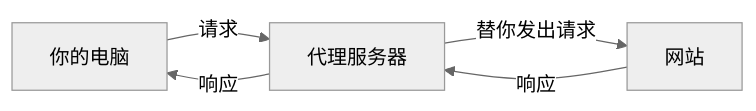
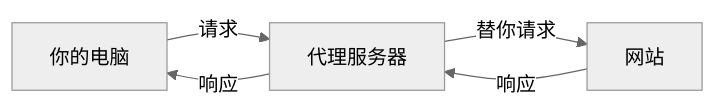
One commit to prisma-proxy/prisma changed the fourth of 7 diagrams in prisma-docs/i18n/zh-Hans/docusaurus-plugin-content-docs-guide/current/basics.md. Above: the diagram before and after it, drawn with Mermaid (neutral theme). The commit also changed other lines of this file and 37 other files, not shown here.

First line of the commit message:
docs: rewrite guide with 30+ Mermaid diagrams, fix multi-instance config

````diff
--- a/prisma-docs/i18n/zh-Hans/docusaurus-plugin-content-docs-guide/current/basics.md
+++ b/prisma-docs/i18n/zh-Hans/docusaurus-plugin-content-docs-guide/current/basics.md
@@ -132,7 +65,6 @@
 ```mermaid
 graph LR
-    A["你的电脑"] -->|"请求"| B["代理服务器"]
-    B -->|"替你发出请求"| C["网站"]
-    C -->|"响应"| B
-    B -->|"响应"| A
+    A["你的电脑"] -->|"请求"| P["代理服务器"]
+    P -->|"替你请求"| W["网站"]
+    W -->|"响应"| P -->|"响应"| A
 ```
````
